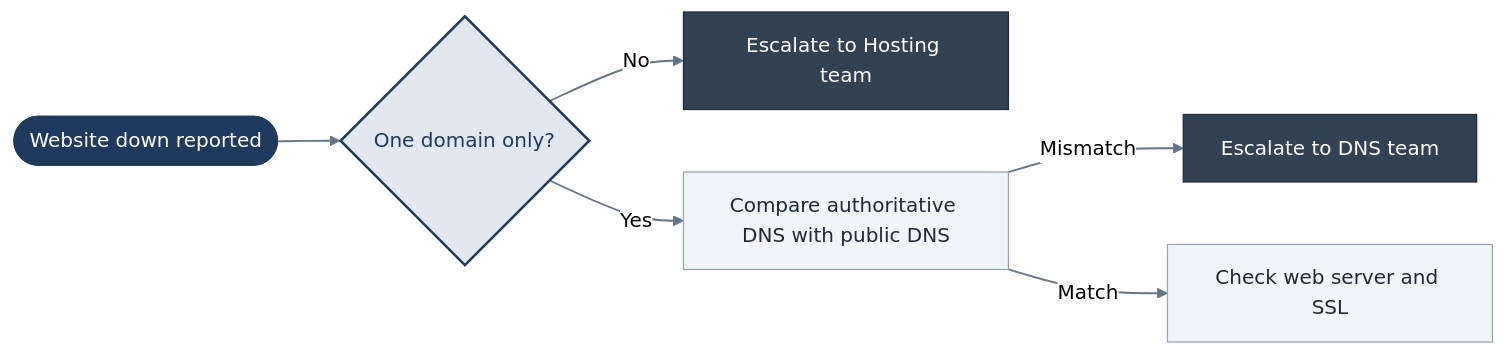
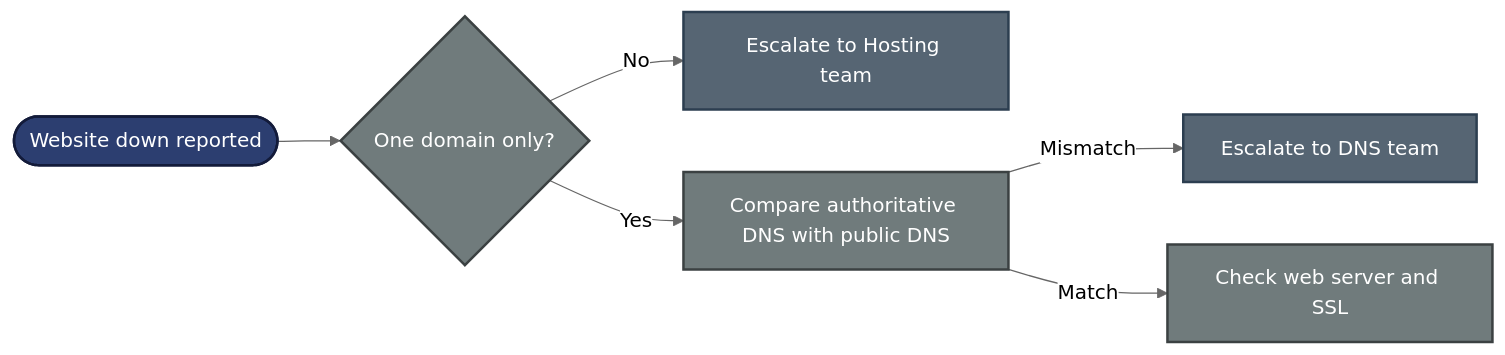
Before and after one commit to malaika-azhar/Customer-Tech-Support-Portfolio: the second of 2 diagrams in 05-Escalation-scripts/05.1-Website-Down.md, drawn with Mermaid (neutral theme). The commit also changed other lines of this file, not shown here.

````diff
--- a/05-Escalation-scripts/05.1-Website-Down.md
+++ b/05-Escalation-scripts/05.1-Website-Down.md
@@ -111,19 +177,14 @@
 ```mermaid
 flowchart LR
-    A([Website down reported]) --> B{One domain only?}
-    B -->|No| C[Escalate to Hosting team]
-    B -->|Yes| D[Compare authoritative DNS with public DNS]
-    D -->|Mismatch| E[Escalate to DNS team]
-    D -->|Match| F[Check web server and SSL]
-
-    classDef start fill:#1e3a5f,stroke:#1e3a5f,stroke-width:1px,color:#ffffff
-    classDef decide fill:#e2e8f0,stroke:#1e3a5f,stroke-width:2px,color:#1e3a5f
-    classDef check fill:#f1f5f9,stroke:#94a3b8,stroke-width:1px,color:#1f2937
-    classDef escalate fill:#334155,stroke:#1e293b,stroke-width:1px,color:#ffffff
-
-    class A start
-    class B decide
-    class D,F check
-    class C,E escalate
-    linkStyle default stroke:#64748b,stroke-width:1.5px
+    A(["Website down reported"]) --> B{"One domain only?"}
+    B -->|No| C["Escalate to Hosting team"]
+    B -->|Yes| D["Compare authoritative DNS with public DNS"]
+    D -->|Mismatch| E["Escalate to DNS team"]
+    D -->|Match| F["Check web server and SSL"]
+    classDef navy fill:#2C3E70,stroke:#131B3A,stroke-width:2px,color:#FFFFFF;
+    classDef grey fill:#707B7C,stroke:#3B4142,stroke-width:2px,color:#FFFFFF;
+    classDef slate fill:#566573,stroke:#2C3E50,stroke-width:2px,color:#FFFFFF;
+    class A navy;
+    class B,D,F grey;
+    class C,E slate;
 ```
````
